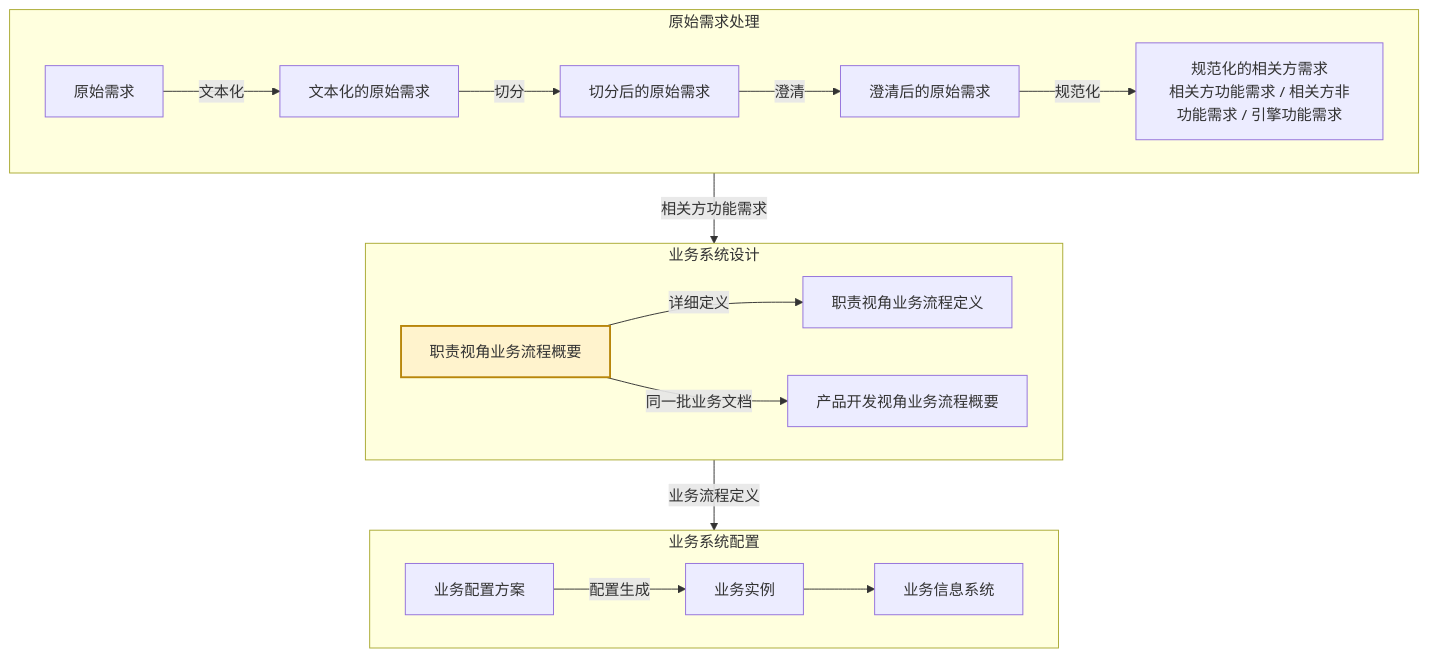
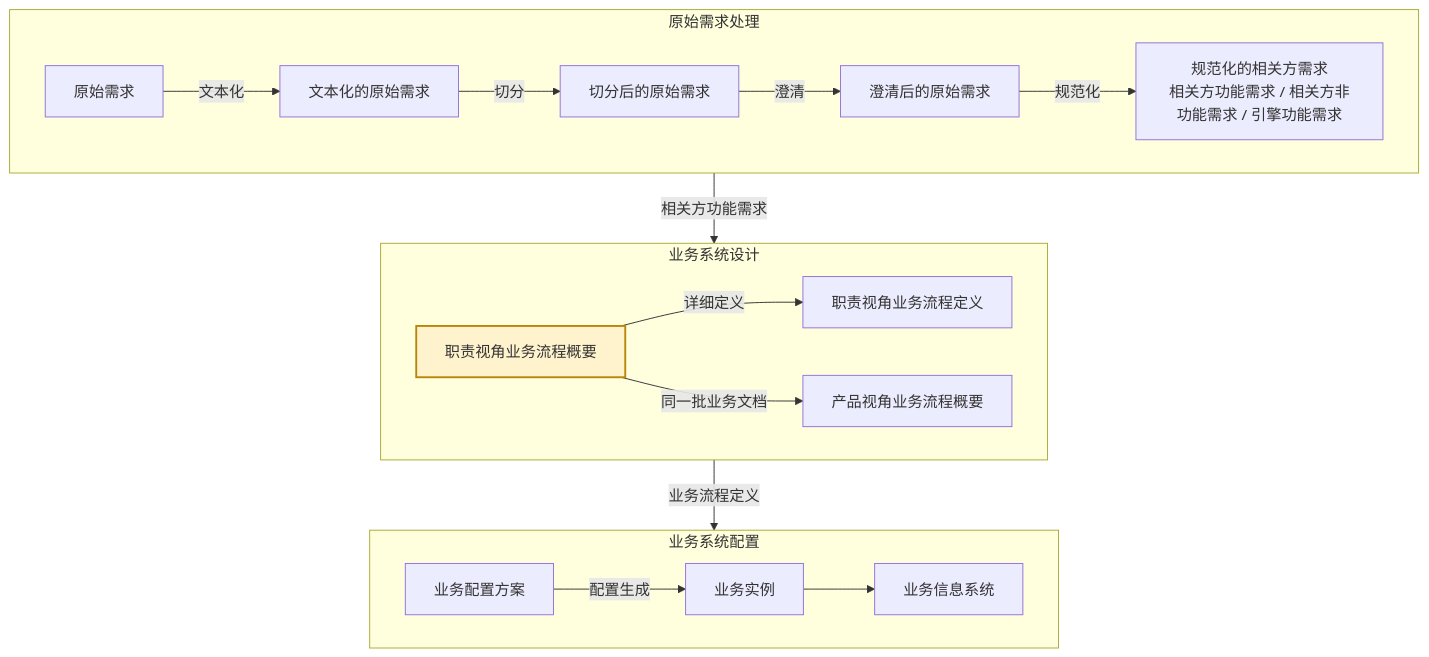
Before and after one commit to Yongjunzhou/AOS-system-design: the first of 2 diagrams in 20-pl4eos/10-pl4eos-subpl-sysdev/10-wfsysdev-4-eos/eos-biz01abr-stfr2rbpl.md, drawn with Mermaid. The commit also changed other lines of this file and 4 other files, not shown here.

First line of the commit message:
[EOS] abr 第 73~75 版、93 第 70 版、94 v1.36：状态机第三条路径 ＋ 链图/状态机补图号 ＋ 产品视角改名

````diff
--- a/20-pl4eos/10-pl4eos-subpl-sysdev/10-wfsysdev-4-eos/eos-biz01abr-stfr2rbpl.md
+++ b/20-pl4eos/10-pl4eos-subpl-sysdev/10-wfsysdev-4-eos/eos-biz01abr-stfr2rbpl.md
@@ -28,25 +30,25 @@
 ```mermaid
 flowchart TD
     subgraph S1["原始需求处理"]
         direction LR
         r0["原始需求"] -->|文本化| r1["文本化的原始需求"]
         r1 -->|切分| r2["切分后的原始需求"]
         r2 -->|澄清| r3["澄清后的原始需求"]
         r3 -->|规范化| r4["规范化的相关方需求<br/>相关方功能需求 / 相关方非功能需求 / 引擎功能需求"]
     end
     subgraph S2["业务系统设计"]
         direction LR
         b1["职责视角业务流程概要"] -->|详细定义| b3["职责视角业务流程定义"]
-        b2["产品开发视角业务流程概要"]
+        b2["产品视角业务流程概要"]
     end
     subgraph S3["业务系统配置"]
         direction LR
         c1["业务配置方案"] -->|配置生成| c2["业务实例"]
         c2 --> c3["业务信息系统"]
     end
     r4 -->|相关方功能需求| b1
     b1 -->|同一批业务文档| b2
     b3 -->|业务流程定义| c1
     classDef here fill:#fff3cd,stroke:#b8860b,stroke-width:2px
     class b1 here
 ```
````
